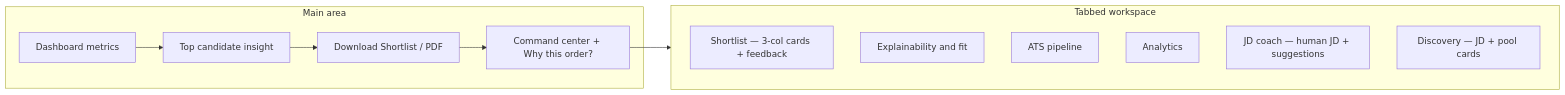
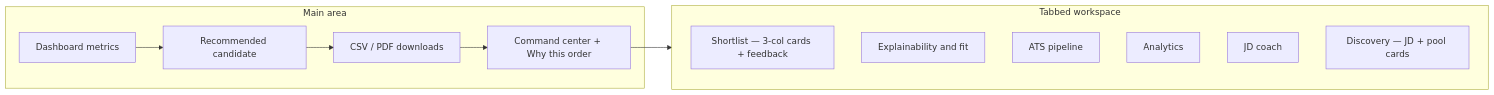
One commit to nikithchowdaryachanta/ai-talent-scout changed the fourth of 4 diagrams in README.md. Above: the diagram before and after it, drawn with Mermaid. The commit also changed other lines of this file, not shown here.

````diff
--- a/README.md
+++ b/README.md
@@ -120,21 +195,21 @@
 ```mermaid
 flowchart LR
     subgraph Main["Main area"]
         D[Dashboard metrics]
-        T[Top candidate insight]
-        X[Download Shortlist / PDF]
-        CC[Command center + Why this order?]
+        T[Recommended candidate]
+        X[CSV / PDF downloads]
+        CC[Command center + Why this order]
     end
     subgraph Tabs["Tabbed workspace"]
         S[Shortlist — 3-col cards + feedback]
         E[Explainability and fit]
         P[ATS pipeline]
         A[Analytics]
-        J[JD coach — human JD + suggestions]
+        J[JD coach]
         DIS[Discovery — JD + pool cards]
     end
     D --> T
     T --> X
     X --> CC
     CC --> Tabs
 ```
````
